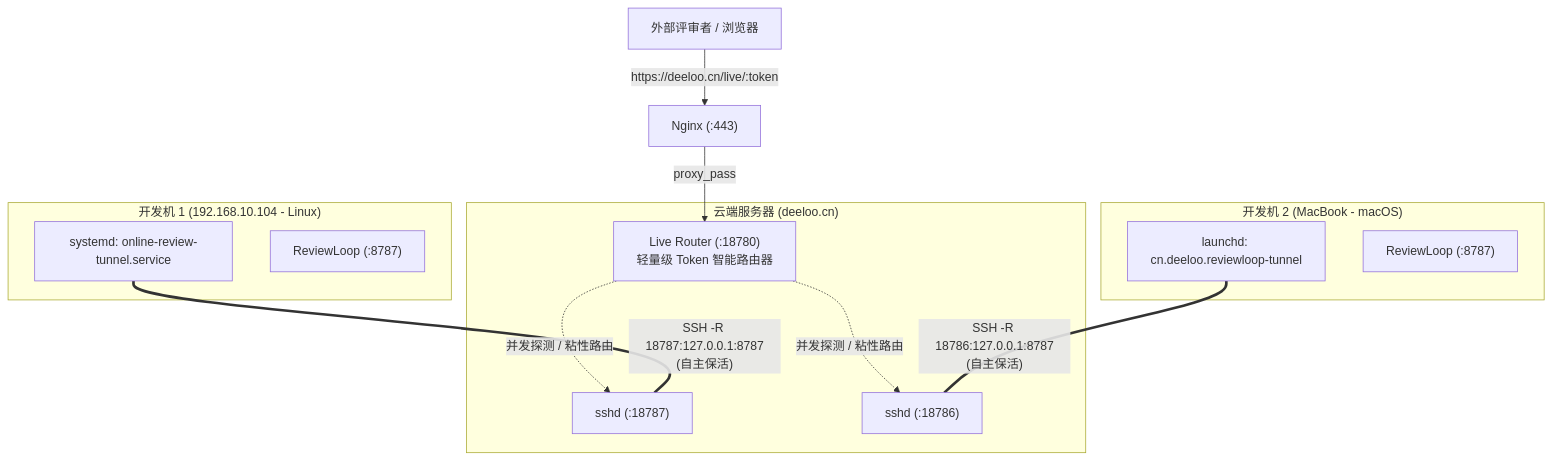
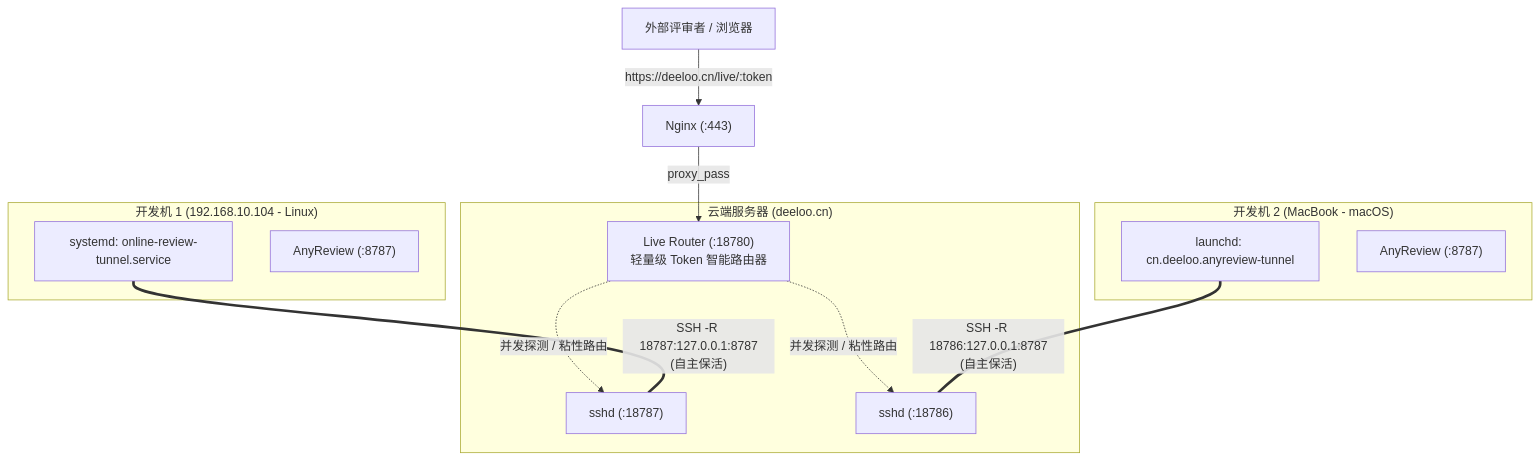
One commit to winter-loo/anyreview changed the diagram in docs/multi-machine-reverse-tunnel-case-study.md. Above: the diagram before and after it, drawn with Mermaid. The commit also changed other lines of this file and 62 other files, not shown here.

Commit message:
Rename ReviewLoop to AnyReview

````diff
--- a/docs/multi-machine-reverse-tunnel-case-study.md
+++ b/docs/multi-machine-reverse-tunnel-case-study.md
@@ -31,25 +31,25 @@
 ```mermaid
 flowchart TD
     User["外部评审者 / 浏览器"] -->|"https://deeloo.cn/live/:token"| Nginx["Nginx (:443)"]
     Nginx -->|"proxy_pass"| LiveRouter["Live Router (:18780)\n轻量级 Token 智能路由器"]
     
     subgraph Server["云端服务器 (deeloo.cn)"]
         LiveRouter
         Tunnel104["sshd (:18787)"]
         TunnelMac["sshd (:18786)"]
         LiveRouter -.->|"并发探测 / 粘性路由"| Tunnel104
         LiveRouter -.->|"并发探测 / 粘性路由"| TunnelMac
     end
 
     subgraph LinuxBox["开发机 1 (192.168.10.104 - Linux)"]
         SystemdSSH["systemd: online-review-tunnel.service"]
-        LocalLoop104["ReviewLoop (:8787)"]
+        LocalLoop104["AnyReview (:8787)"]
         SystemdSSH ===|"SSH -R 18787:127.0.0.1:8787\n(自主保活)"| Tunnel104
     end
 
     subgraph MacBox["开发机 2 (MacBook - macOS)"]
-        LaunchdSSH["launchd: cn.deeloo.reviewloop-tunnel"]
-        LocalLoopMac["ReviewLoop (:8787)"]
+        LaunchdSSH["launchd: cn.deeloo.anyreview-tunnel"]
+        LocalLoopMac["AnyReview (:8787)"]
         LaunchdSSH ===|"SSH -R 18786:127.0.0.1:8787\n(自主保活)"| TunnelMac
     end
 ```
````
